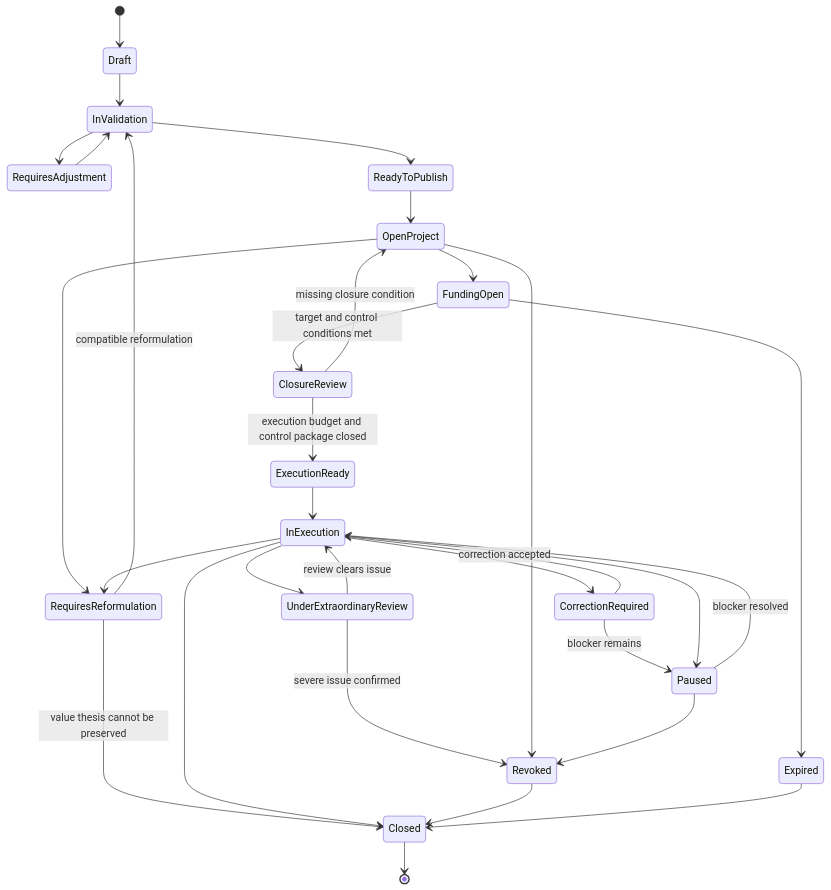
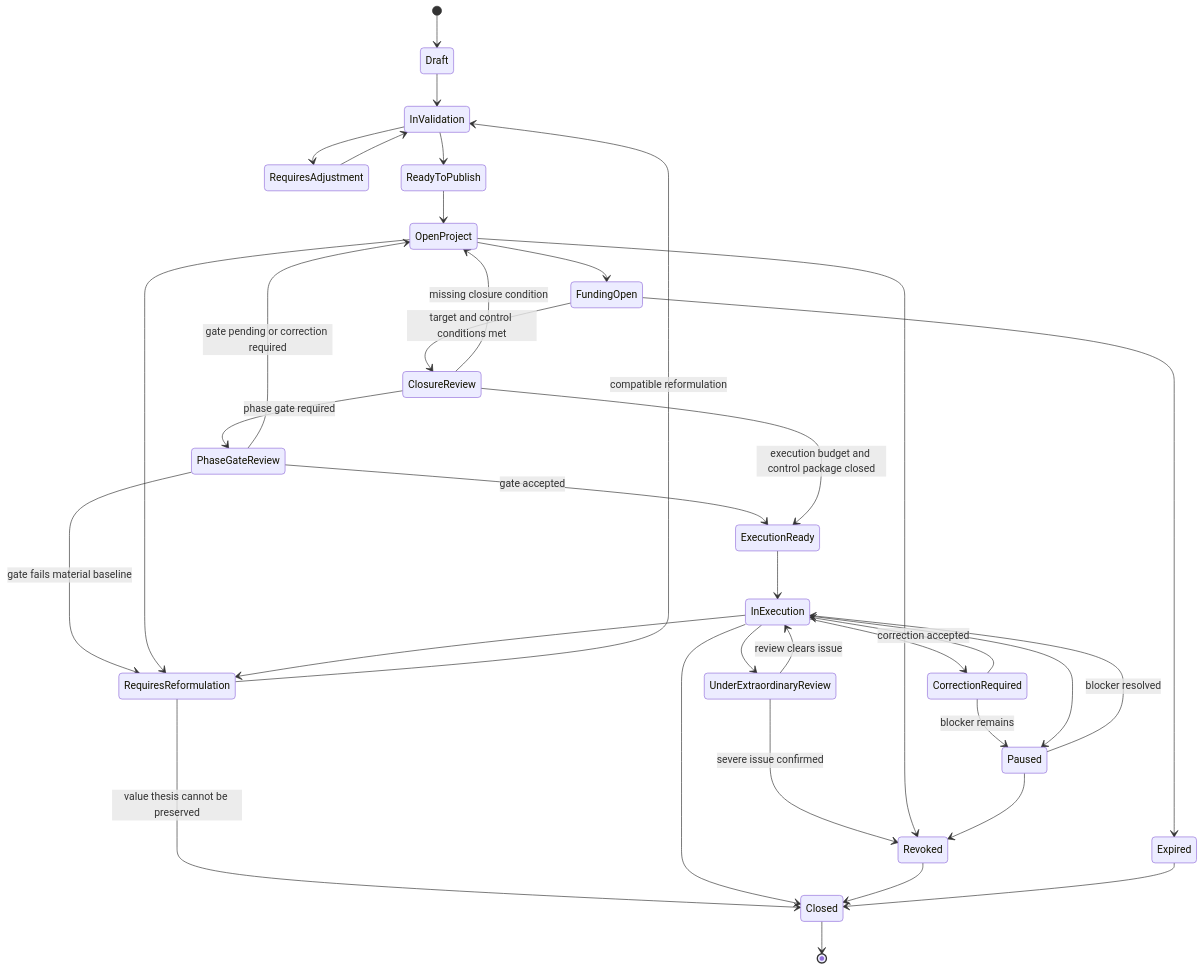
The diagram in docs/diagrams/v0-project-lifecycle-state.md (moffermann/distributed-governance-research), drawn with Mermaid before and after one commit. The commit also changed other lines of this file and 35 other files, not shown here.

````diff
--- a/docs/diagrams/v0-project-lifecycle-state.md
+++ b/docs/diagrams/v0-project-lifecycle-state.md
@@ -9,38 +9,42 @@
 ```mermaid
 stateDiagram-v2
     [*] --> Draft
     Draft --> InValidation
     InValidation --> RequiresAdjustment
     RequiresAdjustment --> InValidation
     InValidation --> ReadyToPublish
     ReadyToPublish --> OpenProject
 
     OpenProject --> FundingOpen
     FundingOpen --> ClosureReview: target and control conditions met
     ClosureReview --> OpenProject: missing closure condition
+    ClosureReview --> PhaseGateReview: phase gate required
+    PhaseGateReview --> OpenProject: gate pending or correction required
+    PhaseGateReview --> RequiresReformulation: gate fails material baseline
+    PhaseGateReview --> ExecutionReady: gate accepted
     ClosureReview --> ExecutionReady: execution budget and control package closed
 
     ExecutionReady --> InExecution
     InExecution --> CorrectionRequired
     CorrectionRequired --> InExecution: correction accepted
     CorrectionRequired --> Paused: blocker remains
     InExecution --> Paused
     Paused --> InExecution: blocker resolved
 
     OpenProject --> RequiresReformulation
     InExecution --> RequiresReformulation
     RequiresReformulation --> InValidation: compatible reformulation
     RequiresReformulation --> Closed: value thesis cannot be preserved
 
     InExecution --> UnderExtraordinaryReview
     UnderExtraordinaryReview --> InExecution: review clears issue
     UnderExtraordinaryReview --> Revoked: severe issue confirmed
 
     FundingOpen --> Expired
     OpenProject --> Revoked
     Paused --> Revoked
     InExecution --> Closed
     Revoked --> Closed
     Expired --> Closed
     Closed --> [*]
 ```
````
